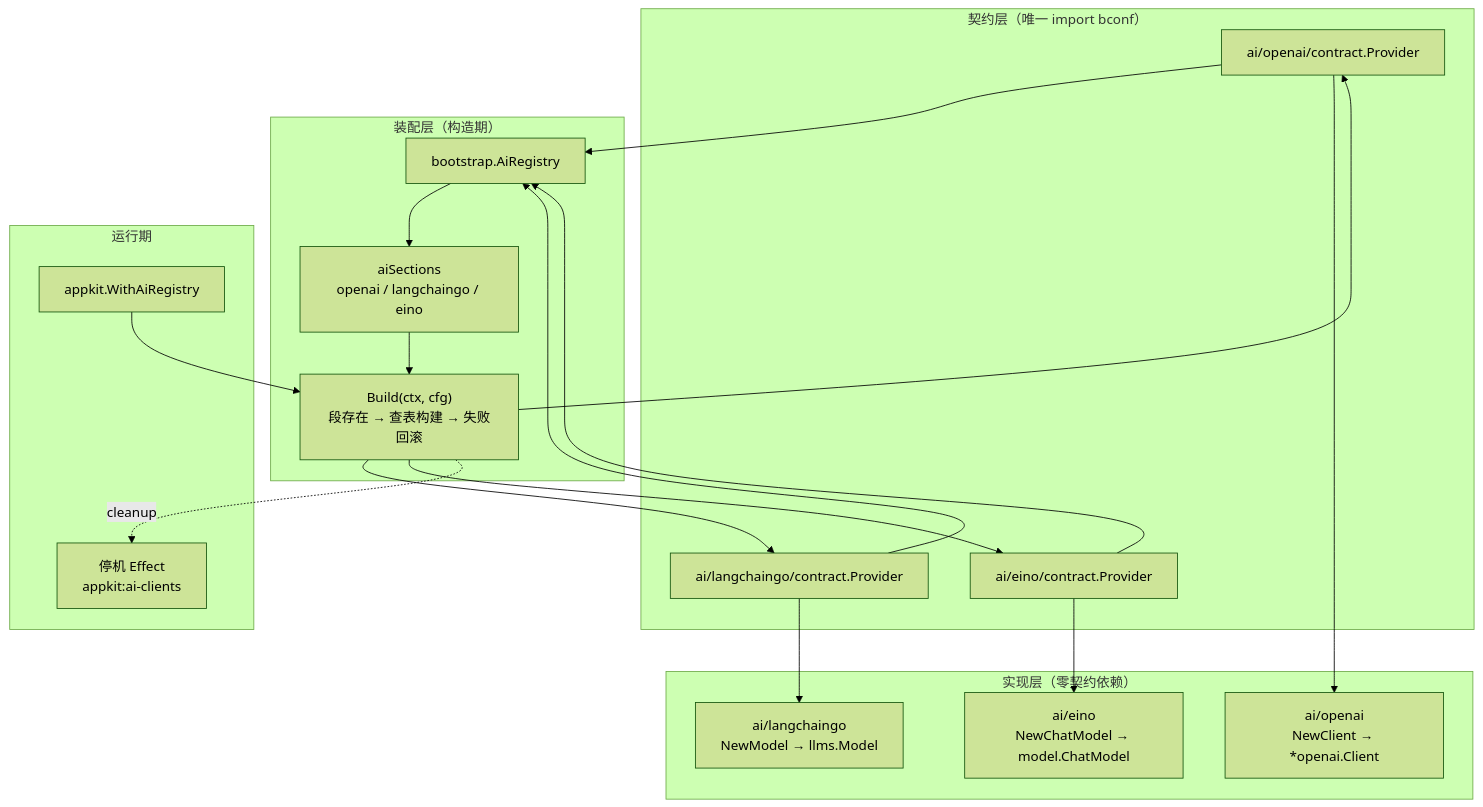
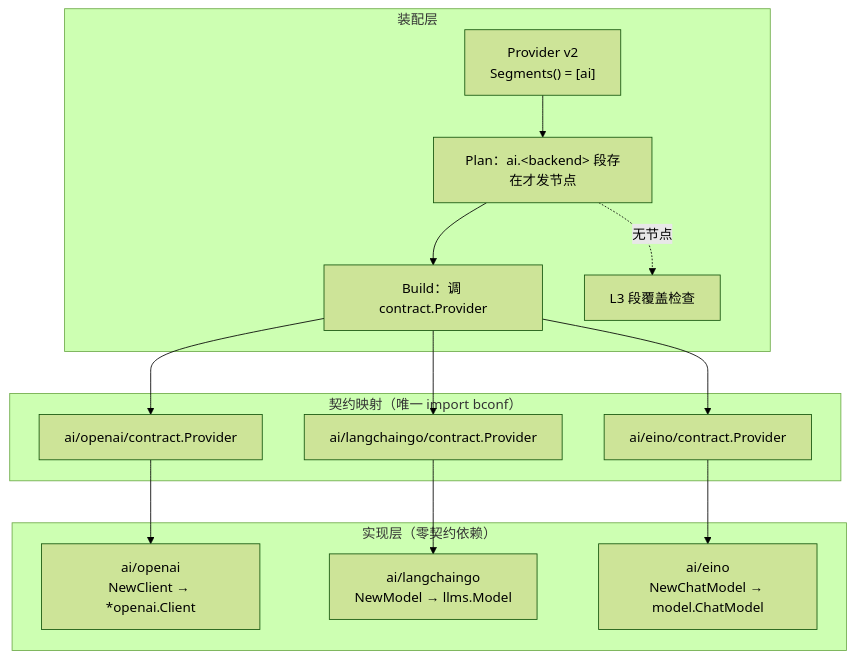
One commit to kalandramo/bald changed the diagram in docs/devel/zh-CN/Bald 智能模型设计.md. Above: the diagram before and after it, drawn with Mermaid (forest theme). The commit also changed other lines of this file and 70 other files, not shown here.

````diff
--- a/docs/devel/zh-CN/Bald 智能模型设计.md
+++ b/docs/devel/zh-CN/Bald 智能模型设计.md
@@ -49,39 +44,27 @@
 ```mermaid
 flowchart TB
-    subgraph contract["契约层（唯一 import bconf）"]
+    subgraph assembly["装配层"]
+        P["Provider v2<br/>Segments() = [ai]"]
+        PL["Plan：ai.&lt;backend&gt; 段存在才发节点"]
+        B["Build：调 contract.Provider"]
+        L3["L3 段覆盖检查"]
+    end
+
+    subgraph bridge["契约映射（唯一 import bconf）"]
         P1["ai/openai/contract.Provider"]
         P2["ai/langchaingo/contract.Provider"]
         P3["ai/eino/contract.Provider"]
-    end
-
-    subgraph bootstrap["装配层（构造期）"]
-        R["bootstrap.AiRegistry"]
-        S["aiSections<br/>openai / langchaingo / eino"]
-        B["Build(ctx, cfg)<br/>段存在 → 查表构建 → 失败回滚"]
-    end
-
-    subgraph appkit["运行期"]
-        W["appkit.WithAiRegistry"]
-        E["停机 Effect<br/>appkit:ai-clients"]
     end
 
     subgraph impl["实现层（零契约依赖）"]
         O["ai/openai<br/>NewClient → *openai.Client"]
         L["ai/langchaingo<br/>NewModel → llms.Model"]
         N["ai/eino<br/>NewChatModel → model.ChatModel"]
     end
 
-    P1 --> R
-    P2 --> R
-    P3 --> R
-    R --> S
-    S --> B
-    B --> P1
-    B --> P2
-    B --> P3
-    P1 --> O
-    P2 --> L
-    P3 --> N
-    W --> B
-    B -.cleanup.-> E
+    P --> PL --> B
+    PL -.->|无节点| L3
+    B --> P1 --> O
+    B --> P2 --> L
+    B --> P3 --> N
 ```
````
